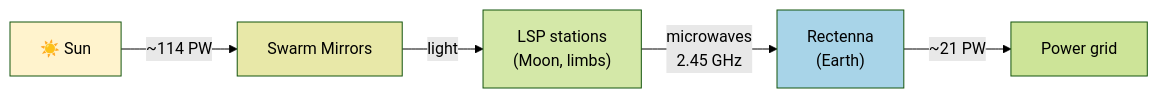
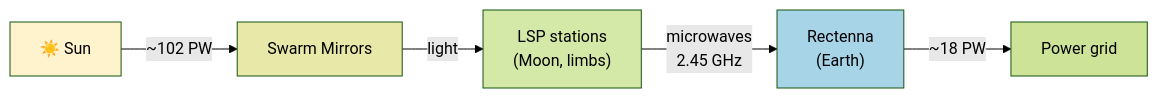
The diagram in en/science/summaries/mirrors.qmd (DmitryNasikanov/infinite-energy), drawn with Mermaid (forest theme) before and after one commit. The commit also changed other lines of this file and 43 other files, not shown here.

````diff
--- a/en/science/summaries/mirrors.qmd
+++ b/en/science/summaries/mirrors.qmd
@@ -197,13 +197,13 @@
 ```{mermaid}
 %%| fig-width: 10
 flowchart LR
-    SUN["☀️ Sun"] -->|"~114 PW"| SWARM["Swarm Mirrors"]
+    SUN["☀️ Sun"] -->|"~102 PW"| SWARM["Swarm Mirrors"]
     SWARM -->|"light"| LSP["LSP stations<br/>(Moon, limbs)"]
     LSP -->|"microwaves<br/>2.45 GHz"| RECT["Rectenna<br/>(Earth)"]
-    RECT -->|"~21 PW"| GRID["Power grid"]
+    RECT -->|"~18 PW"| GRID["Power grid"]
 
     style SUN fill:#fff3cd
     style SWARM fill:#e8e8a8
     style LSP fill:#d4e8a8
     style RECT fill:#a8d4e8
 ```
````
